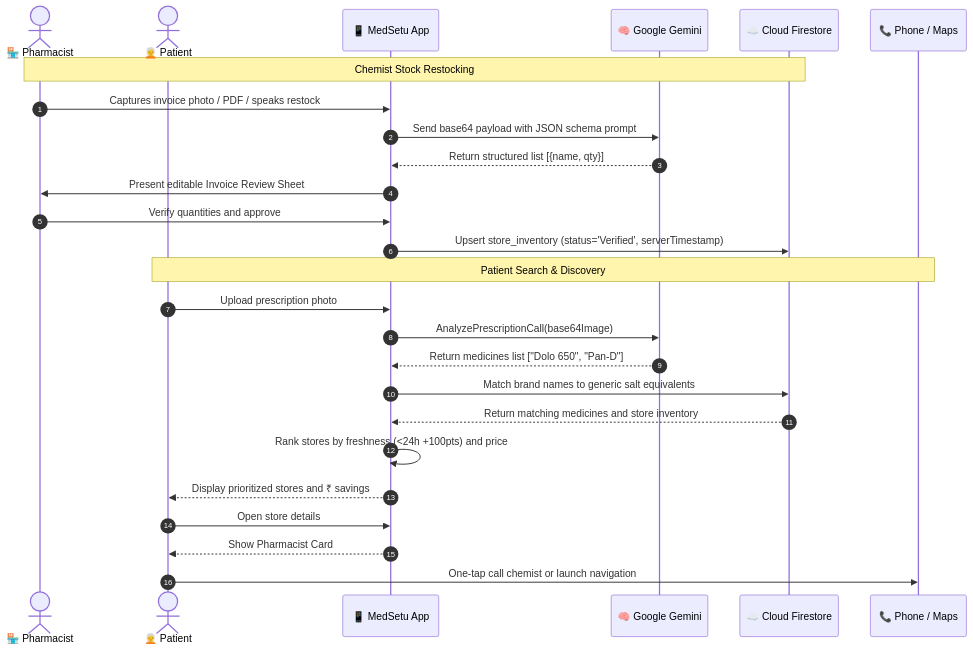
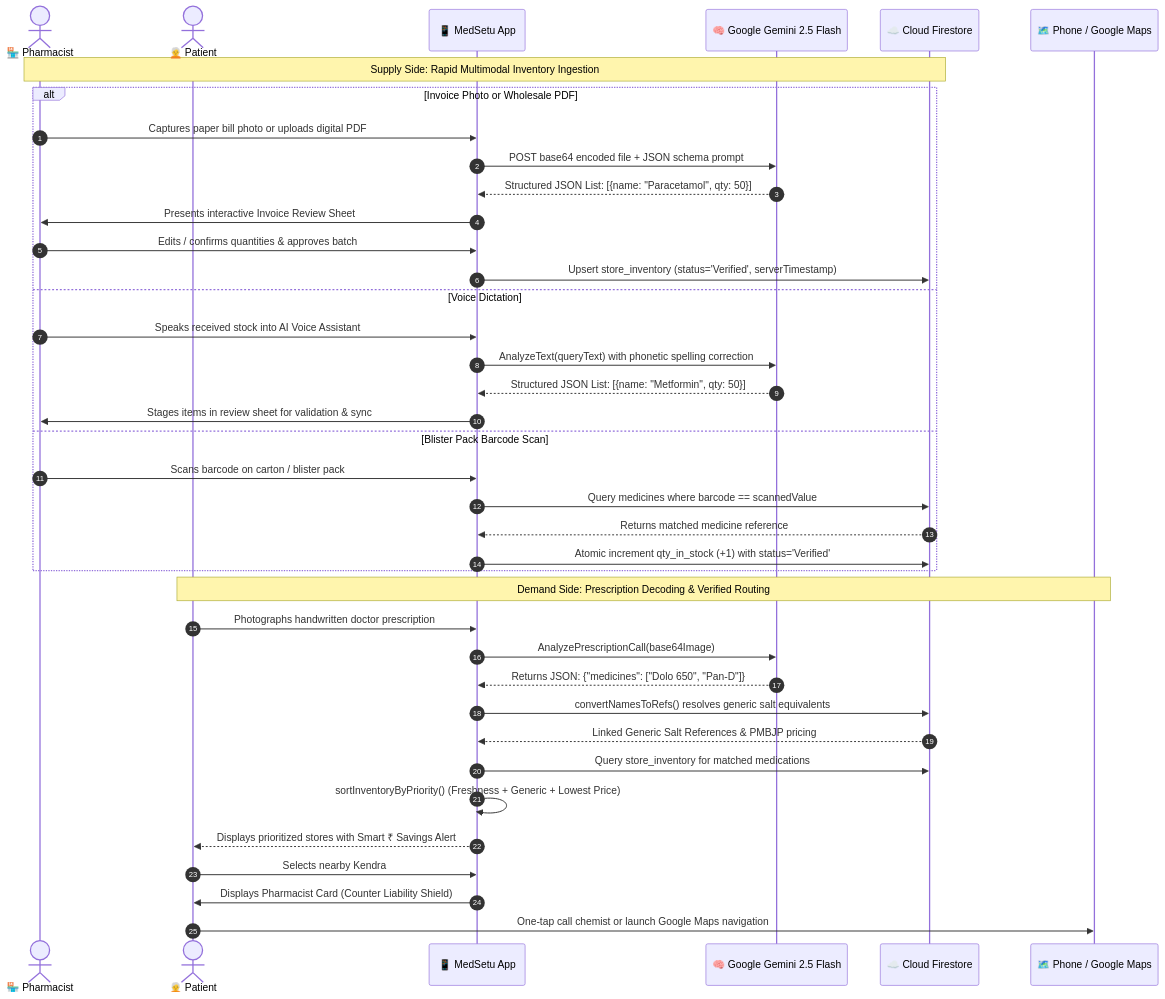
One commit to Parth-Chavan-15/MedSetu-TechSprint changed the second of 3 diagrams in README.md. Above: the diagram before and after it, drawn with Mermaid. The commit also changed other lines of this file, not shown here.

Commit message:
docs: deliver authoritative hackathon README with full dual-agent architecture, ranking algorithm, and navigation state machine

````diff
--- a/README.md
+++ b/README.md
@@ -131,30 +163,43 @@
 ```mermaid
 sequenceDiagram
     autonumber
     actor Chemist as 🏪 Pharmacist
     actor Patient as 🧑‍🦳 Patient
     participant App as 📱 MedSetu App
-    participant Gemini as 🧠 Google Gemini
+    participant Gemini as 🧠 Google Gemini 2.5 Flash
     participant Firestore as ☁️ Cloud Firestore
-    participant Dialer as 📞 Phone / Maps
+    participant External as 🗺️ Phone / Google Maps
 
-    Note over Chemist, Firestore: Chemist Stock Restocking
-    Chemist->>App: Captures invoice photo / PDF / speaks restock
-    App->>Gemini: Send base64 payload with JSON schema prompt
-    Gemini-->>App: Return structured list [{name, qty}]
-    App->>Chemist: Present editable Invoice Review Sheet
-    Chemist->>App: Verify quantities and approve
-    App->>Firestore: Upsert store_inventory (status='Verified', serverTimestamp)
+    Note over Chemist, Firestore: Supply Side: Rapid Multimodal Inventory Ingestion
+    alt Invoice Photo or Wholesale PDF
+        Chemist->>App: Captures paper bill photo or uploads digital PDF
+        App->>Gemini: POST base64 encoded file + JSON schema prompt
+        Gemini-->>App: Structured JSON List: [{name: "Paracetamol", qty: 50}]
+        App->>Chemist: Presents interactive Invoice Review Sheet
+        Chemist->>App: Edits / confirms quantities & approves batch
+        App->>Firestore: Upsert store_inventory (status='Verified', serverTimestamp)
+    else Voice Dictation
+        Chemist->>App: Speaks received stock into AI Voice Assistant
+        App->>Gemini: AnalyzeText(queryText) with phonetic spelling correction
+        Gemini-->>App: Structured JSON List: [{name: "Metformin", qty: 50}]
+        App->>Chemist: Stages items in review sheet for validation & sync
+    else Blister Pack Barcode Scan
+        Chemist->>App: Scans barcode on carton / blister pack
+        App->>Firestore: Query medicines where barcode == scannedValue
+        Firestore-->>App: Returns matched medicine reference
+        App->>Firestore: Atomic increment qty_in_stock (+1) with status='Verified'
+    end
 
-    Note over Patient, Dialer: Patient Search & Discovery
-    Patient->>App: Upload prescription photo
+    Note over Patient, External: Demand Side: Prescription Decoding & Verified Routing
+    Patient->>App: Photographs handwritten doctor prescription
     App->>Gemini: AnalyzePrescriptionCall(base64Image)
-    Gemini-->>App: Return medicines list ["Dolo 650", "Pan-D"]
-    App->>Firestore: Match brand names to generic salt equivalents
-    Firestore-->>App: Return matching medicines and store inventory
-    App->>App: Rank stores by freshness (<24h +100pts) and price
-    App-->>Patient: Display prioritized stores and ₹ savings
-    Patient->>App: Open store details
-    App-->>Patient: Show Pharmacist Card
-    Patient->>Dialer: One-tap call chemist or launch navigation
+    Gemini-->>App: Returns JSON: {"medicines": ["Dolo 650", "Pan-D"]}
+    App->>Firestore: convertNamesToRefs() resolves generic salt equivalents
+    Firestore-->>App: Linked Generic Salt References & PMBJP pricing
+    App->>Firestore: Query store_inventory for matched medications
+    App->>App: sortInventoryByPriority() (Freshness + Generic + Lowest Price)
+    App-->>Patient: Displays prioritized stores with Smart ₹ Savings Alert
+    Patient->>App: Selects nearby Kendra
+    App->>Patient: Displays Pharmacist Card (Counter Liability Shield)
+    Patient->>External: One-tap call chemist or launch Google Maps navigation
 ```
````
